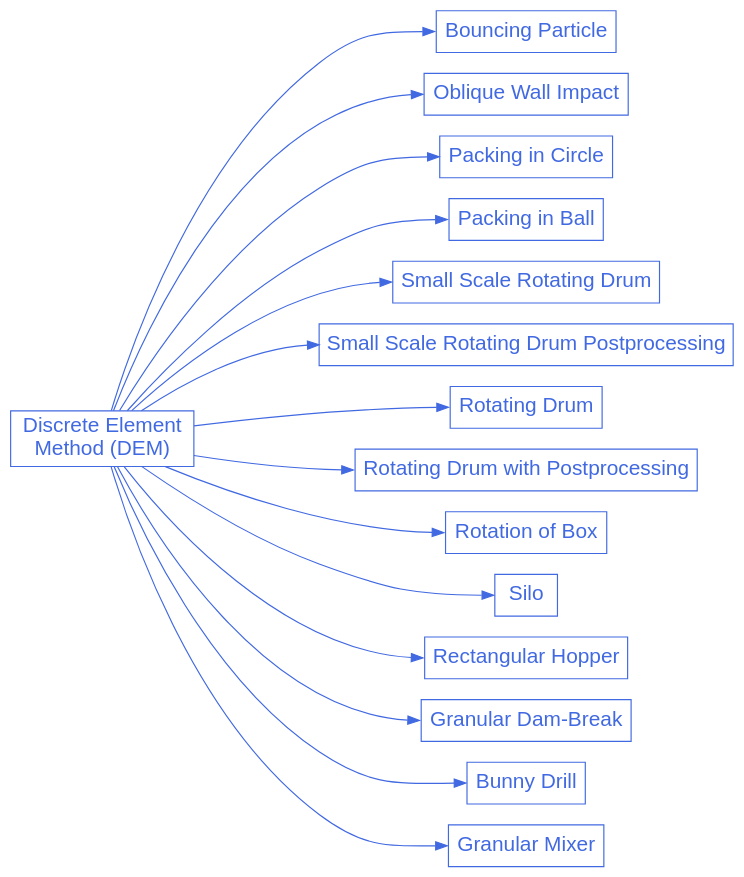
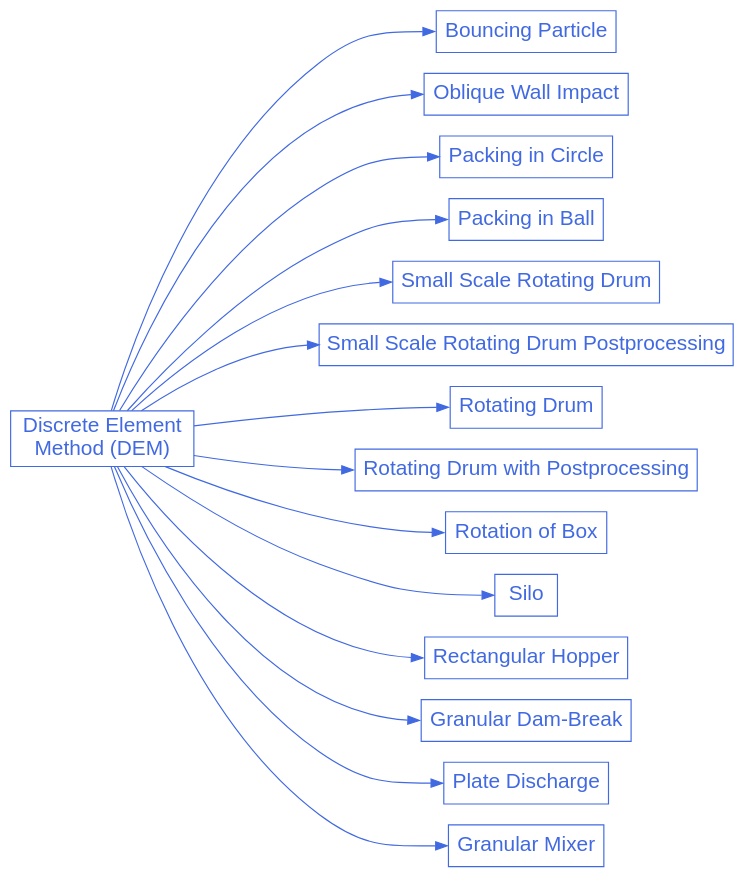
The diagram in doc/source/examples/dem/dem.rst (chaos-polymtl/lethe), drawn with Graphviz before and after one commit. The commit also changed other lines of this file and 6 other files, not shown here.

```diff
--- a/doc/source/examples/dem/dem.rst
+++ b/doc/source/examples/dem/dem.rst
@@ -27,56 +28,58 @@
 .. graphviz:: 
 
     digraph dem_diagram {
       graph [bgcolor="transparent", align=true, ranksep=1.5];
       node [fontname=Arial, fontsize=18, shape=box, fontcolor=royalblue, color=royalblue];
       edge [color=royalblue];
       rankdir="LR";
       size = "9,9";
       
       dem [label="Discrete Element \nMethod (DEM)", href="https://chaos-polymtl.github.io/lethe/documentation/examples/dem/dem.html"];
 
-      dem_1 [label="Bouncing Particle", href="https://chaos-polymtl.github.io/lethe/documentation/examples/dem/bouncing-particle/bouncing-particle.html"];
+      dem_1 [label="Bouncing Particle", href="./bouncing-particle/bouncing-particle.html"];
 
-      dem_2 [label="Oblique Wall Impact", href="https://chaos-polymtl.github.io/lethe/documentation/examples/dem/oblique-wall-impact/oblique-wall-impact.html"];
+      dem_2 [label="Oblique Wall Impact", href="./oblique-wall-impact/oblique-wall-impact.html"];
 
-      dem_3 [label="Packing in Circle", href="https://chaos-polymtl.github.io/lethe/documentation/examples/dem/packing-in-circle/packing-in-circle.html"];
+      dem_3 [label="Packing in Circle", href="./packing-in-circle/packing-in-circle.html"];
 
-      dem_4 [label="Packing in Ball", href="https://chaos-polymtl.github.io/lethe/documentation/examples/dem/packing-in-ball/packing-in-ball.html"];
+      dem_4 [label="Packing in Ball", href="./packing-in-ball/packing-in-ball.html"];
 
-      dem_5 [label="Small Scale Rotating Drum", href="https://chaos-polymtl.github.io/lethe/documentation/examples/dem/small-scale-rotating-drum/small-scale-rotating-drum.html"];
+      dem_5 [label="Small Scale Rotating Drum", href="./small-scale-rotating-drum/small-scale-rotating-drum.html"];
     
-      dem_6 [label="Small Scale Rotating Drum Postprocessing", href="https://chaos-polymtl.github.io/lethe/documentation/examples/dem/small-scale-rotating-drum-postprocessing/small-scale-rotating-drum-postprocessing.html"];
+      dem_6 [label="Small Scale Rotating Drum Postprocessing", href="./small-scale-rotating-drum-postprocessing/small-scale-rotating-drum-postprocessing.html"];
 
-      dem_7 [label="Rotating Drum", href="https://chaos-polymtl.github.io/lethe/documentation/examples/dem/rotating-drum/rotating-drum.html"];
+      dem_7 [label="Rotating Drum", href="./rotating-drum/rotating-drum.html"];
 
-      dem_8 [label="Rotating Drum with Postprocessing", href="https://chaos-polymtl.github.io/lethe/documentation/examples/dem/rotating-drum-with-postprocessing/rotating-drum-with-postprocessing.html"];
+      dem_8 [label="Rotating Drum with Postprocessing", href="./rotating-drum-with-postprocessing/rotating-drum-with-postprocessing.html"];
 
-      dem_9 [label="Rotation of Box", href="https://chaos-polymtl.github.io/lethe/documentation/examples/dem/rotation-of-box/rotation-of-box.html"];
+      dem_9 [label="Rotation of Box", href="./rotation-of-box/rotation-of-box.html"];
 
-      dem_10 [label="Silo", href="https://chaos-polymtl.github.io/lethe/documentation/examples/dem/silo/silo.html"]; 
+      dem_10 [label="Silo", href="./silo/silo.html"];
 
-      dem_11 [label="Rectangular Hopper", href="https://chaos-polymtl.github.io/lethe/documentation/examples/dem/rectangular-hopper/rectangular-hopper.html"];
+      dem_11 [label="Rectangular Hopper", href="./rectangular-hopper/rectangular-hopper.html"];
 
-      dem_12 [label="Granular Dam-Break", href="https://chaos-polymtl.github.io/lethe/documentation/examples/dem/granular-dam-break/granular-dam-break.html"];
+      dem_12 [label="Granular Dam-Break", href="./granular-dam-break/granular-dam-break.html"];
 
-      dem_13 [label="Bunny Drill", href="https://chaos-polymtl.github.io/lethe/documentation/examples/dem/bunny-drill/bunny-drill.html"];
+      dem_13 [label="Plate Discharge", href="./plate-discharge/plate-discharge.html"];
 
-      dem_14 [label="Granular Mixer", href="https://chaos-polymtl.github.io/lethe/documentation/examples/dem/granular-mixer/granular-mixer.html"];
+      dem_14 [label="Bunny Drill", href="./bunny-drill/bunny-drill.html"];
+
+      dem_14 [label="Granular Mixer", href="./granular-mixer/granular-mixer.html"];
 
       
 
       dem -> dem_1:w;
       dem -> dem_2:w;
       dem -> dem_3:w;
       dem -> dem_4:w;
       dem -> dem_5:w;
       dem -> dem_6:w;
       dem -> dem_7:w;
       dem -> dem_8:w;
       dem -> dem_9:w;
       dem -> dem_10:w;
       dem -> dem_11:w;
       dem -> dem_12:w;
       dem -> dem_13:w;
       dem -> dem_14:w;
     }
```
